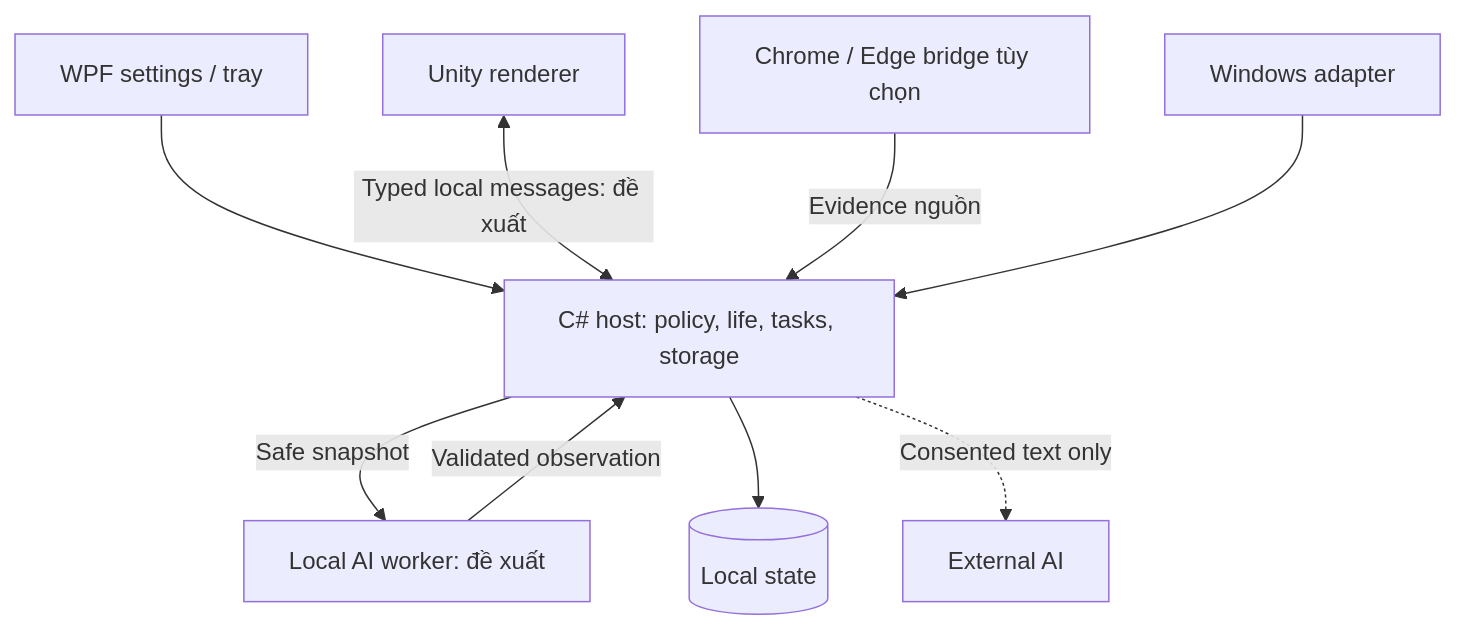
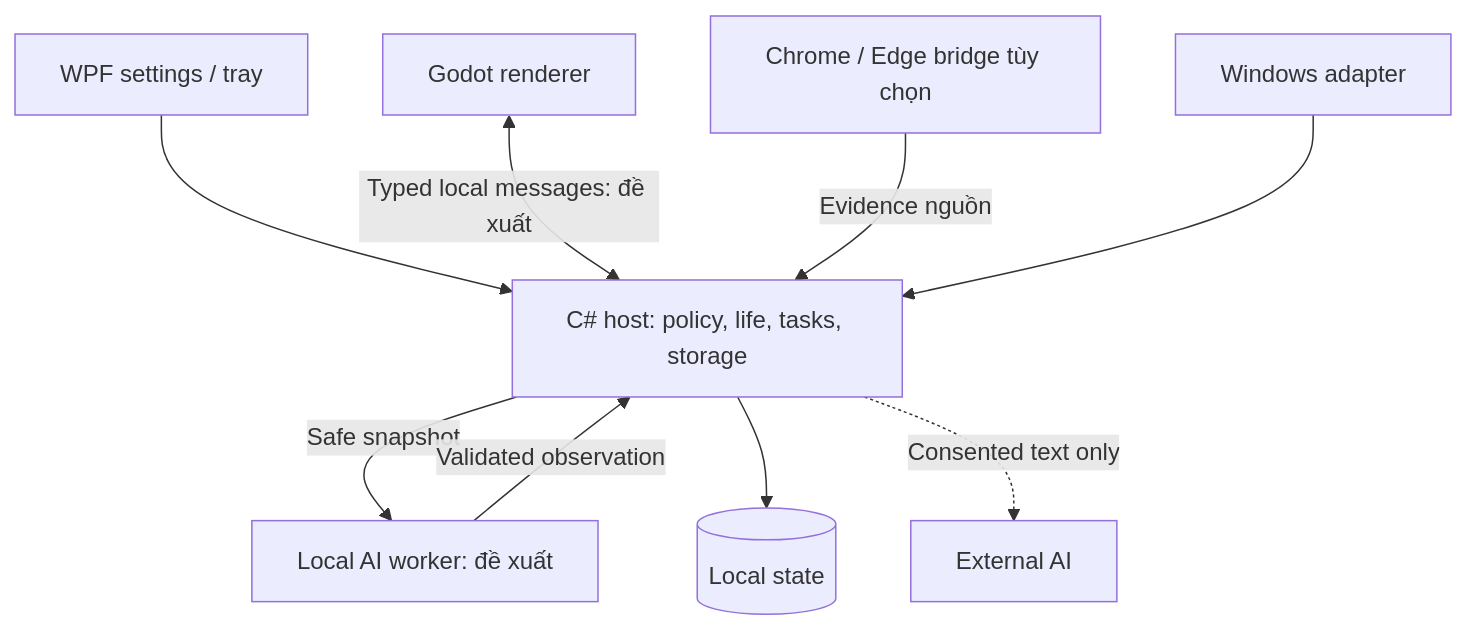
Before and after one commit to Play-with-me/NYUA: the diagram in docs/product/diagrams/02-containers.mmd, drawn with Mermaid. The commit also changed 65 other files, not shown here.

Commit message:
docs: migrate renderer documentation and registry from Unity to Godot Engine

```diff
--- a/docs/product/diagrams/02-containers.mmd
+++ b/docs/product/diagrams/02-containers.mmd
@@ -1,9 +1,9 @@
 flowchart TB
  WPF["WPF settings / tray"] --> Host["C# host: policy, life, tasks, storage"]
- Unity["Unity renderer"] <-->|"Typed local messages: đề xuất"| Host
+ Godot["Godot renderer"] <-->|"Typed local messages: đề xuất"| Host
  Browser["Chrome / Edge bridge tùy chọn"] -->|"Evidence nguồn"| Host
  Windows["Windows adapter"] --> Host
  Host -->|"Safe snapshot"| AI["Local AI worker: đề xuất"]
  AI -->|"Validated observation"| Host
  Host --> Store[("Local state")]
  Host -.->|"Consented text only"| External["External AI"]
```
